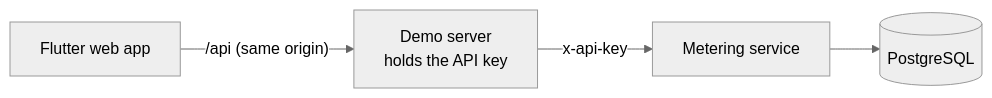
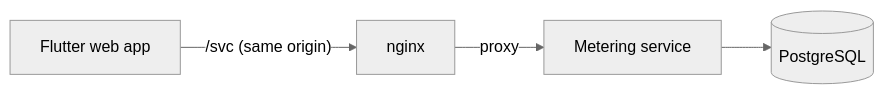
The diagram in README.md (mahmoudjawad02025/usage_metering_platform), drawn with Mermaid (neutral theme) before and after one commit. The commit also changed other lines of this file and 28 other files, not shown here.

Commit message:
refactor(client): replace demo server with a static flutter ui behind nginx

````diff
--- a/README.md
+++ b/README.md
@@ -125,6 +125,6 @@
 ```mermaid
 flowchart LR
-  Browser["Flutter web app"] -->|"/api (same origin)"| Demo["Demo server<br/>holds the API key"]
-  Demo -->|"x-api-key"| Service["Metering service"]
+  Browser["Flutter web app"] -->|"/svc (same origin)"| Nginx["nginx"]
+  Nginx -->|"proxy"| Service["Metering service"]
   Service --> DB[("PostgreSQL")]
 ```
````
